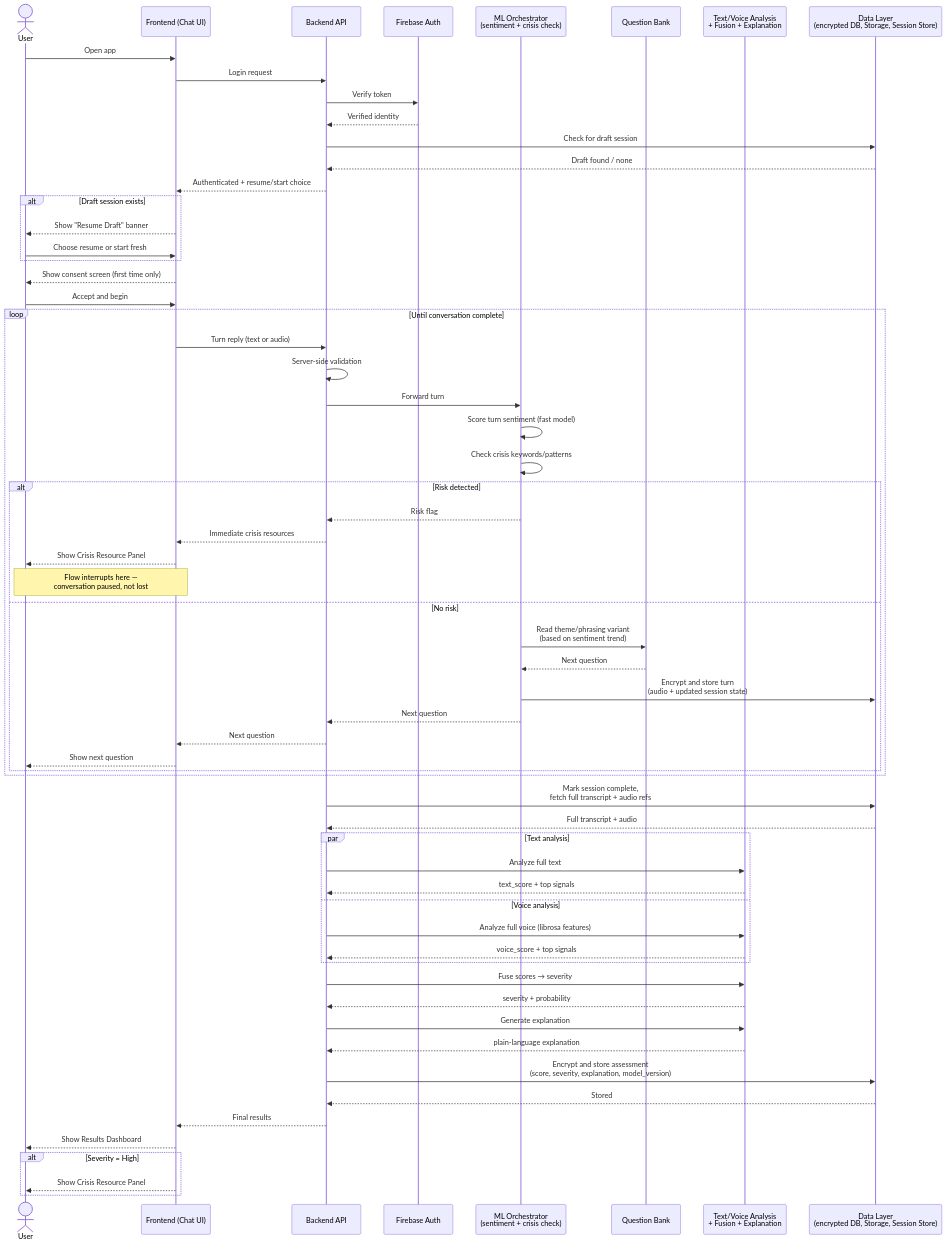
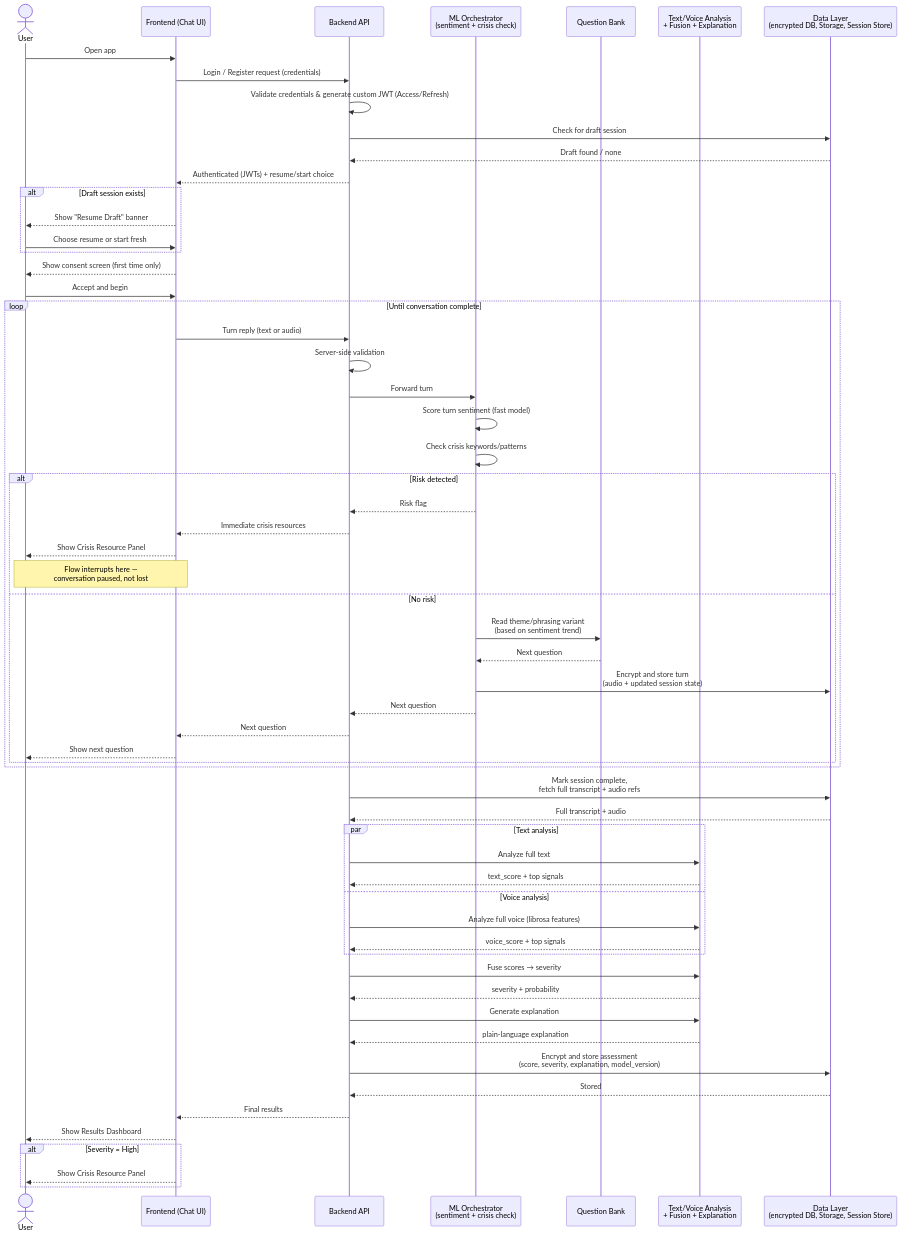
The diagram in architecture/sequence_diagram.mermaid (dhananjaysaini44/BimodalPsycheAI), drawn with Mermaid before and after one commit. The commit also changed 8 other files, not shown here.

```diff
--- a/architecture/sequence_diagram.mermaid
+++ b/architecture/sequence_diagram.mermaid
@@ -1,73 +1,71 @@
 sequenceDiagram
     actor U as User
     participant FE as Frontend (Chat UI)
     participant BE as Backend API
-    participant FB as Firebase Auth
     participant OR as ML Orchestrator<br/>(sentiment + crisis check)
     participant QB as Question Bank
     participant AN as Text/Voice Analysis<br/>+ Fusion + Explanation
     participant DL as Data Layer<br/>(encrypted DB, Storage, Session Store)
 
     U->>FE: Open app
-    FE->>BE: Login request
-    BE->>FB: Verify token
-    FB-->>BE: Verified identity
+    FE->>BE: Login / Register request (credentials)
+    BE->>BE: Validate credentials & generate custom JWT (Access/Refresh)
     BE->>DL: Check for draft session
     DL-->>BE: Draft found / none
-    BE-->>FE: Authenticated + resume/start choice
+    BE-->>FE: Authenticated (JWTs) + resume/start choice
 
     alt Draft session exists
         FE-->>U: Show "Resume Draft" banner
         U->>FE: Choose resume or start fresh
     end
 
     FE-->>U: Show consent screen (first time only)
     U->>FE: Accept and begin
 
     loop Until conversation complete
         FE->>BE: Turn reply (text or audio)
         BE->>BE: Server-side validation
         BE->>OR: Forward turn
         OR->>OR: Score turn sentiment (fast model)
         OR->>OR: Check crisis keywords/patterns
 
         alt Risk detected
             OR-->>BE: Risk flag
             BE-->>FE: Immediate crisis resources
             FE-->>U: Show Crisis Resource Panel
             Note over FE,U: Flow interrupts here —<br/>conversation paused, not lost
         else No risk
             OR->>QB: Read theme/phrasing variant<br/>(based on sentiment trend)
             QB-->>OR: Next question
             OR->>DL: Encrypt and store turn<br/>(audio + updated session state)
             OR-->>BE: Next question
             BE-->>FE: Next question
             FE-->>U: Show next question
         end
     end
 
     BE->>DL: Mark session complete,<br/>fetch full transcript + audio refs
     DL-->>BE: Full transcript + audio
 
     par Text analysis
         BE->>AN: Analyze full text
         AN-->>BE: text_score + top signals
     and Voice analysis
         BE->>AN: Analyze full voice (librosa features)
         AN-->>BE: voice_score + top signals
     end
 
     BE->>AN: Fuse scores → severity
     AN-->>BE: severity + probability
     BE->>AN: Generate explanation
     AN-->>BE: plain-language explanation
 
     BE->>DL: Encrypt and store assessment<br/>(score, severity, explanation, model_version)
     DL-->>BE: Stored
 
     BE-->>FE: Final results
     FE-->>U: Show Results Dashboard
 
     alt Severity = High
         FE-->>U: Show Crisis Resource Panel
     end
```
